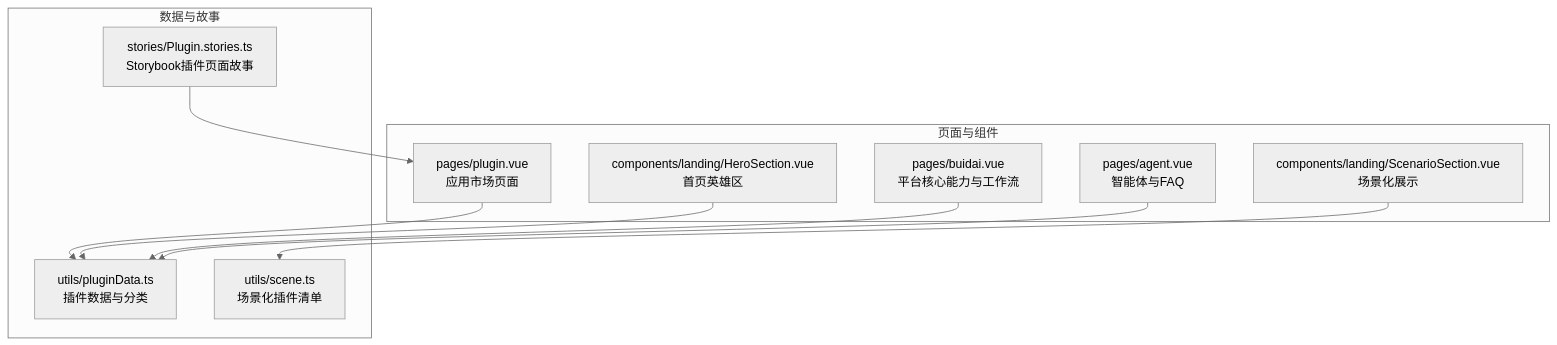
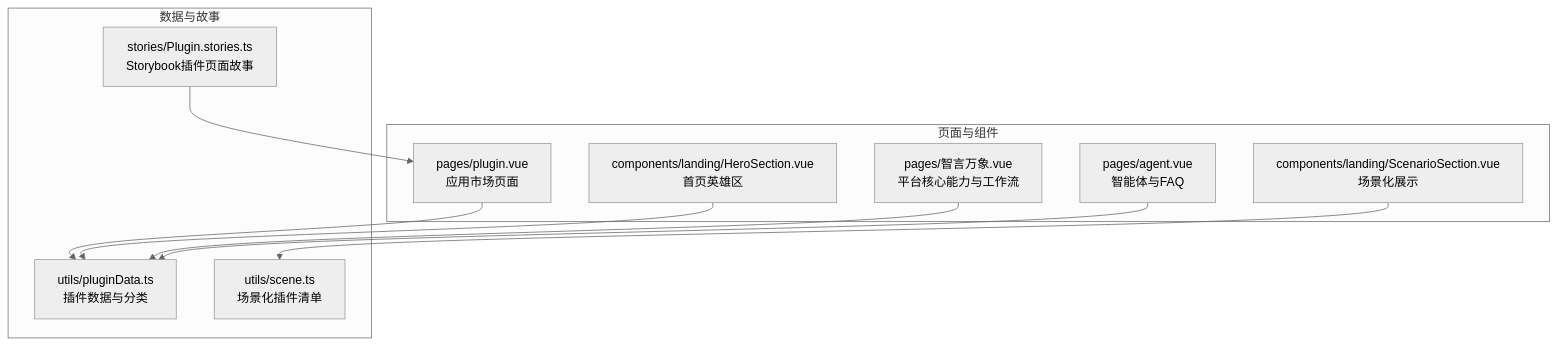
Before and after one commit to lllyyysss77/buidai: the first of 7 diagrams in .qoder/repowiki/zh/content/核心功能/应用市场与插件系统/用户端插件使用体验.md, drawn with Mermaid (neutral theme). The commit also changed other lines of this file and 163 other files, not shown here.

````diff
--- a/.qoder/repowiki/zh/content/核心功能/应用市场与插件系统/用户端插件使用体验.md
+++ b/.qoder/repowiki/zh/content/核心功能/应用市场与插件系统/用户端插件使用体验.md
@@ -34,21 +34,21 @@
 ```mermaid
 graph TB
 subgraph "页面与组件"
 P["pages/plugin.vue<br/>应用市场页面"]
 H["components/landing/HeroSection.vue<br/>首页英雄区"]
 S["components/landing/ScenarioSection.vue<br/>场景化展示"]
-B["pages/buidai.vue<br/>平台核心能力与工作流"]
+B["pages/智言万象.vue<br/>平台核心能力与工作流"]
 A["pages/agent.vue<br/>智能体与FAQ"]
 end
 subgraph "数据与故事"
 D["utils/pluginData.ts<br/>插件数据与分类"]
 SC["utils/scene.ts<br/>场景化插件清单"]
 ST["stories/Plugin.stories.ts<br/>Storybook插件页面故事"]
 end
 P --> D
 H --> D
 S --> SC
 B --> D
 A --> D
 ST --> P
 ```
````
